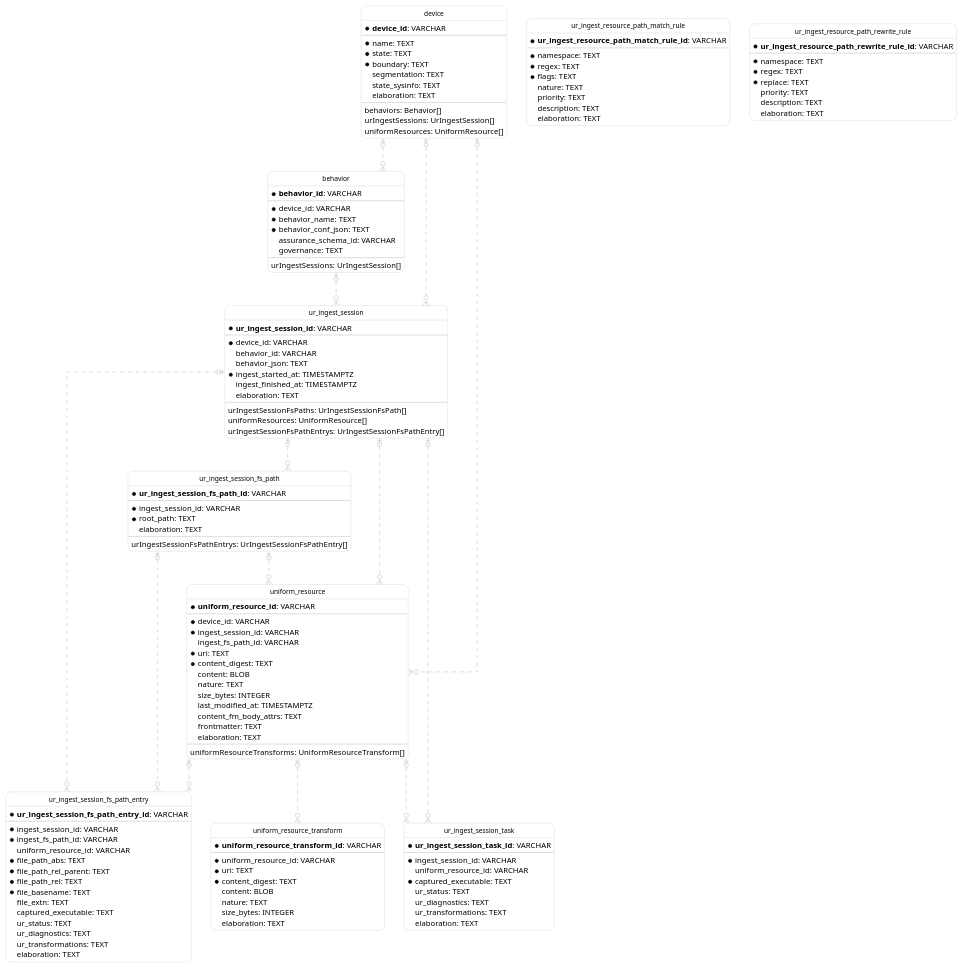
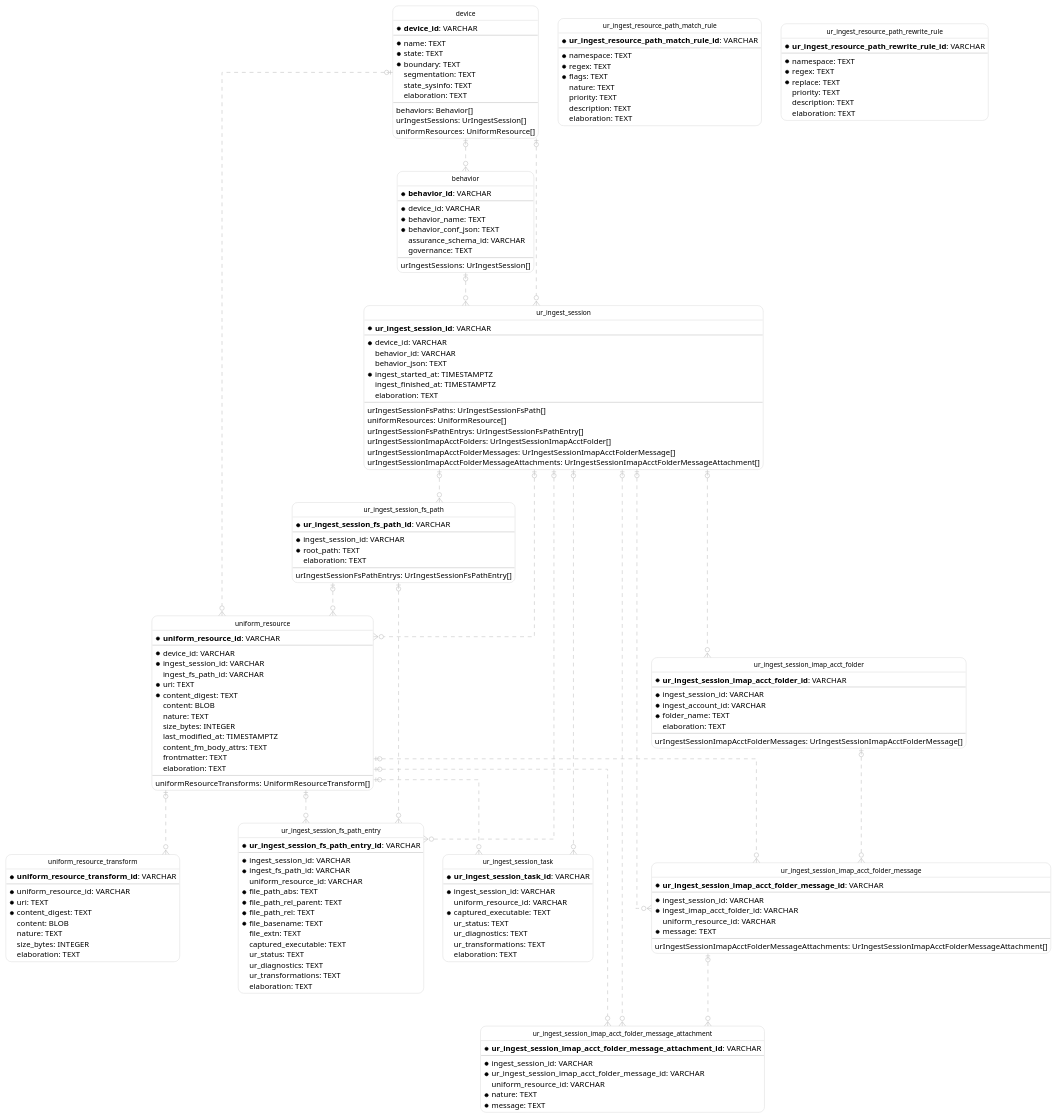
The diagram in support/docs/surveilr-state.auto.puml (opsfolio/resource-surveillance), drawn with PlantUML before and after one commit. The commit also changed 6 other files, not shown here.

```diff
--- a/support/docs/surveilr-state.auto.puml
+++ b/support/docs/surveilr-state.auto.puml
@@ -73,6 +73,9 @@
     urIngestSessionFsPaths: UrIngestSessionFsPath[]
     uniformResources: UniformResource[]
     urIngestSessionFsPathEntrys: UrIngestSessionFsPathEntry[]
+    urIngestSessionImapAcctFolders: UrIngestSessionImapAcctFolder[]
+    urIngestSessionImapAcctFolderMessages: UrIngestSessionImapAcctFolderMessage[]
+    urIngestSessionImapAcctFolderMessageAttachments: UrIngestSessionImapAcctFolderMessageAttachment[]
   }
 
   entity "ur_ingest_session_fs_path" as ur_ingest_session_fs_path {
@@ -146,6 +149,38 @@
       elaboration: TEXT
   }
 
+  entity "ur_ingest_session_imap_acct_folder" as ur_ingest_session_imap_acct_folder {
+    * **ur_ingest_session_imap_acct_folder_id**: VARCHAR
+    --
+    * ingest_session_id: VARCHAR
+    * ingest_account_id: VARCHAR
+    * folder_name: TEXT
+      elaboration: TEXT
+    --
+    urIngestSessionImapAcctFolderMessages: UrIngestSessionImapAcctFolderMessage[]
+  }
+
+  entity "ur_ingest_session_imap_acct_folder_message" as ur_ingest_session_imap_acct_folder_message {
+    * **ur_ingest_session_imap_acct_folder_message_id**: VARCHAR
+    --
+    * ingest_session_id: VARCHAR
+    * ingest_imap_acct_folder_id: VARCHAR
+      uniform_resource_id: VARCHAR
+    * message: TEXT
+    --
+    urIngestSessionImapAcctFolderMessageAttachments: UrIngestSessionImapAcctFolderMessageAttachment[]
+  }
+
+  entity "ur_ingest_session_imap_acct_folder_message_attachment" as ur_ingest_session_imap_acct_folder_message_attachment {
+    * **ur_ingest_session_imap_acct_folder_message_attachment_id**: VARCHAR
+    --
+    * ingest_session_id: VARCHAR
+    * ur_ingest_session_imap_acct_folder_message_id: VARCHAR
+      uniform_resource_id: VARCHAR
+    * nature: TEXT
+    * message: TEXT
+  }
+
   device |o..o{ behavior
   device |o..o{ ur_ingest_session
   behavior |o..o{ ur_ingest_session
@@ -159,4 +194,11 @@
   uniform_resource |o..o{ ur_ingest_session_fs_path_entry
   ur_ingest_session |o..o{ ur_ingest_session_task
   uniform_resource |o..o{ ur_ingest_session_task
+  ur_ingest_session |o..o{ ur_ingest_session_imap_acct_folder
+  ur_ingest_session |o..o{ ur_ingest_session_imap_acct_folder_message
+  ur_ingest_session_imap_acct_folder |o..o{ ur_ingest_session_imap_acct_folder_message
+  uniform_resource |o..o{ ur_ingest_session_imap_acct_folder_message
+  ur_ingest_session |o..o{ ur_ingest_session_imap_acct_folder_message_attachment
+  ur_ingest_session_imap_acct_folder_message |o..o{ ur_ingest_session_imap_acct_folder_message_attachment
+  uniform_resource |o..o{ ur_ingest_session_imap_acct_folder_message_attachment
 @enduml
```
